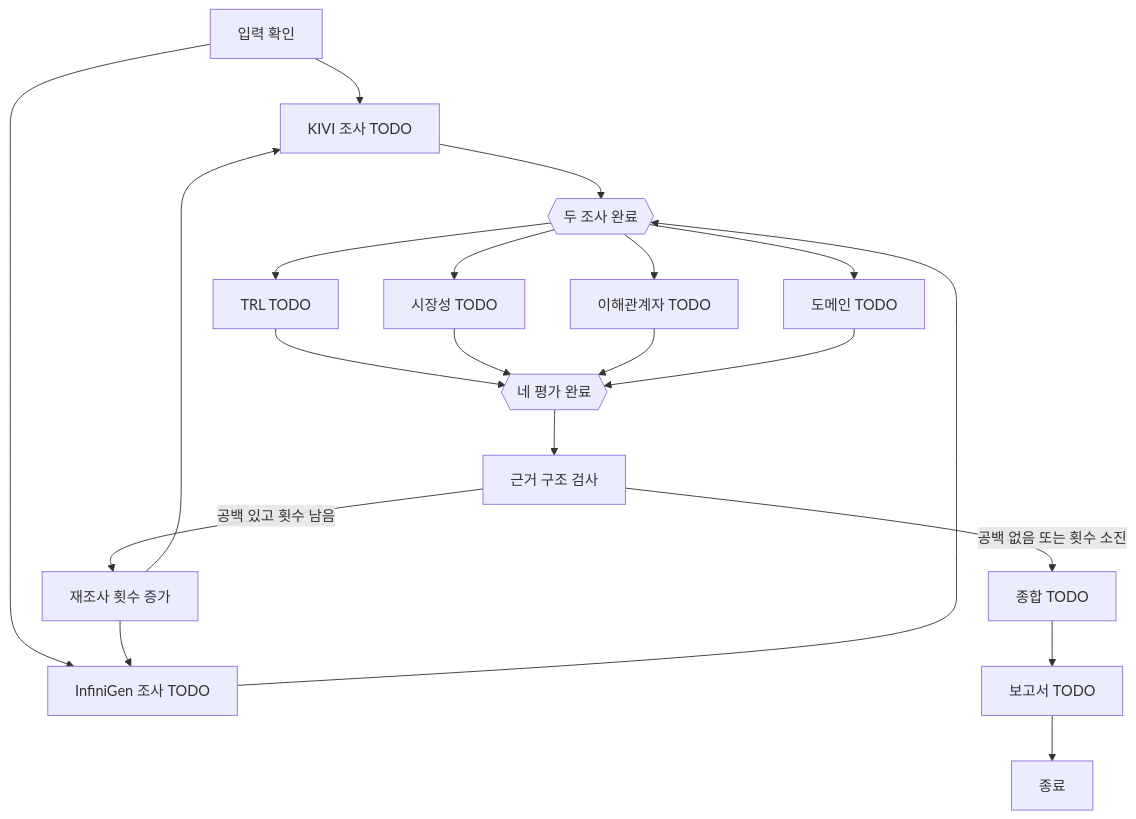
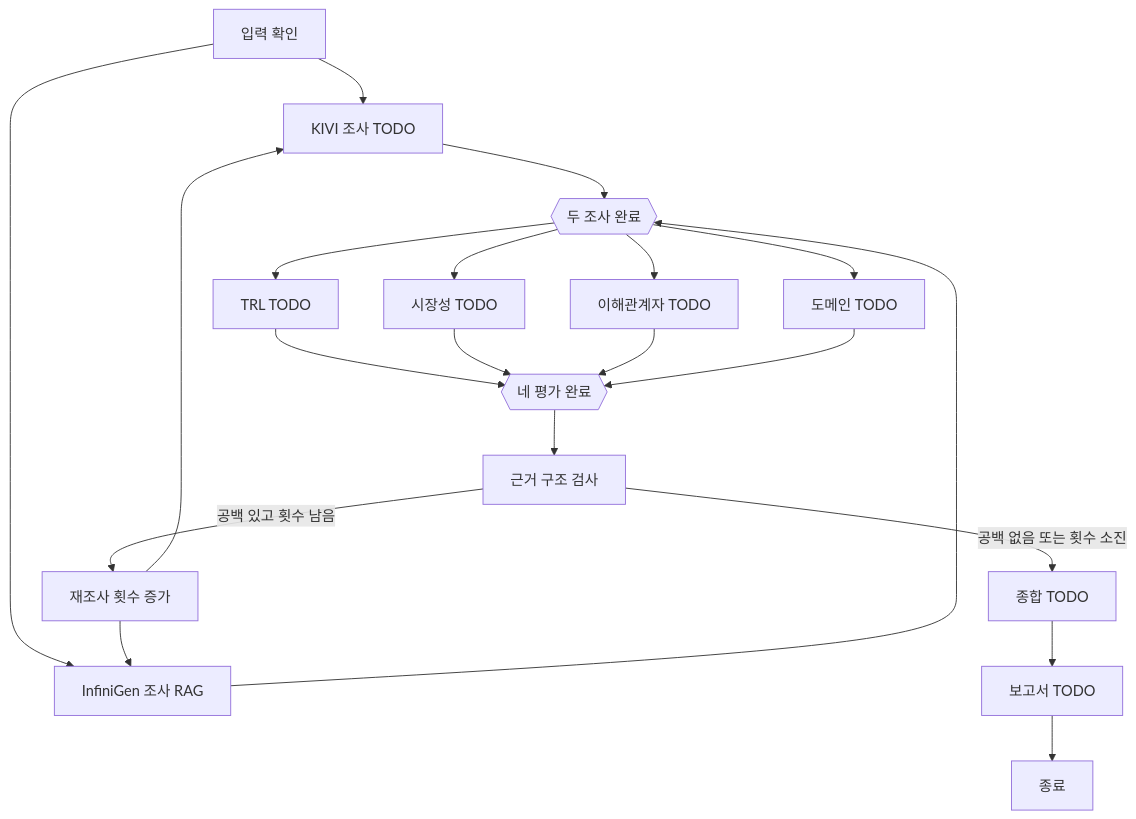
One commit to bmh7190/SKALA-RAG-KV-cache changed the diagram in README.md. Above: the diagram before and after it, drawn with Mermaid. The commit also changed other lines of this file and 13 other files, not shown here.

Commit message:
feat: InfiniGen 원문 기반 Agentic RAG 구현

````diff
--- a/README.md
+++ b/README.md
@@ -71,22 +71,22 @@
 ```mermaid
 flowchart TD
     I[입력 확인] --> K[KIVI 조사 TODO]
-    I --> F[InfiniGen 조사 TODO]
+    I --> F[InfiniGen 조사 RAG]
     K --> J{{두 조사 완료}}
     F --> J
     J --> T[TRL TODO]
     J --> M[시장성 TODO]
     J --> S[이해관계자 TODO]
     J --> D[도메인 TODO]
     T --> G{{네 평가 완료}}
     M --> G
     S --> G
     D --> G
     G --> C[근거 구조 검사]
     C -->|공백 있고 횟수 남음| R[재조사 횟수 증가]
     R --> K
     R --> F
     C -->|공백 없음 또는 횟수 소진| Y[종합 TODO]
     Y --> P[보고서 TODO]
     P --> E[종료]
 ```
````
